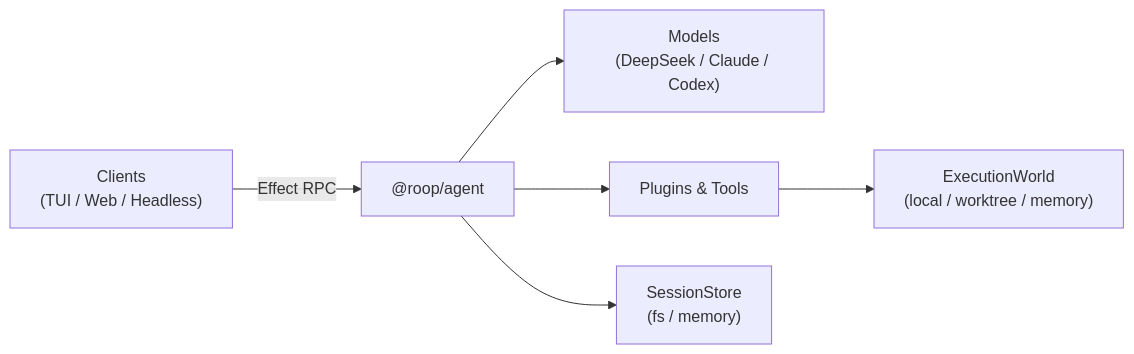
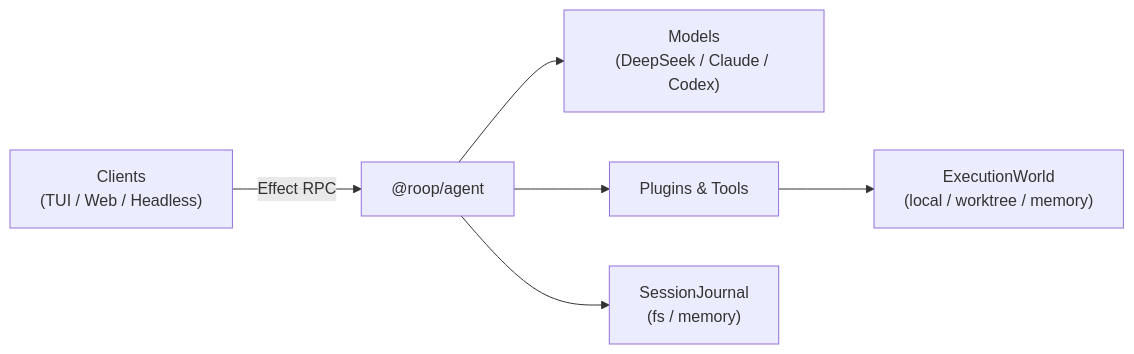
One commit to saiashirwad/roop changed the diagram in README.md. Above: the diagram before and after it, drawn with Mermaid. The commit also changed other lines of this file and 32 other files, not shown here.

First line of the commit message:
refactor(agent): remove legacy SessionStore and maxTurns aliases in favor of SessionJournal and RunPolicy

````diff
--- a/README.md
+++ b/README.md
@@ -50,8 +50,8 @@
 ```mermaid
 flowchart LR
     Client["Clients\n(TUI / Web / Headless)"] -->|Effect RPC| Agent["@roop/agent"]
     Agent --> Models["Models\n(DeepSeek / Claude / Codex)"]
     Agent --> Plugins["Plugins & Tools"]
-    Agent --> Store["SessionStore\n(fs / memory)"]
+    Agent --> Store["SessionJournal\n(fs / memory)"]
     Plugins --> World["ExecutionWorld\n(local / worktree / memory)"]
 ```
````
